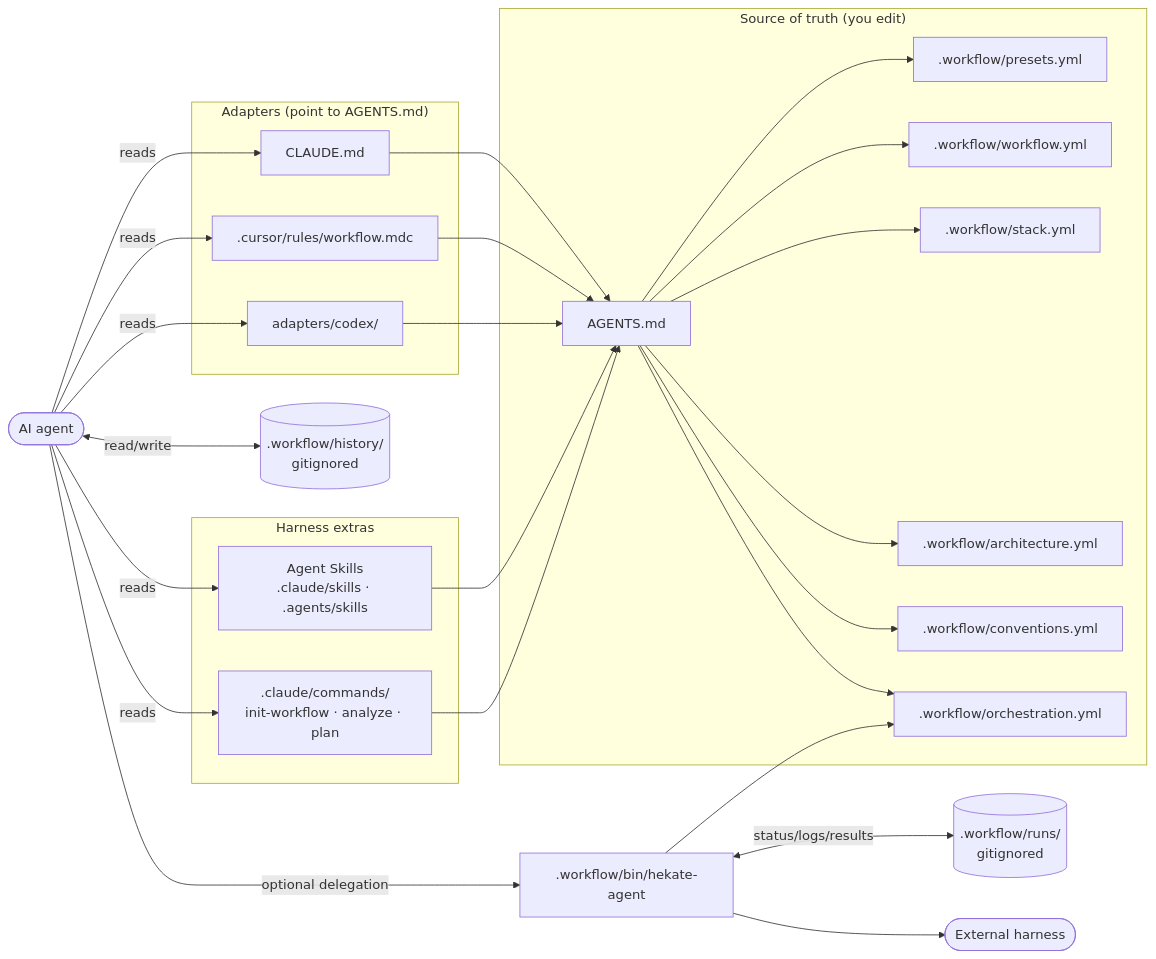
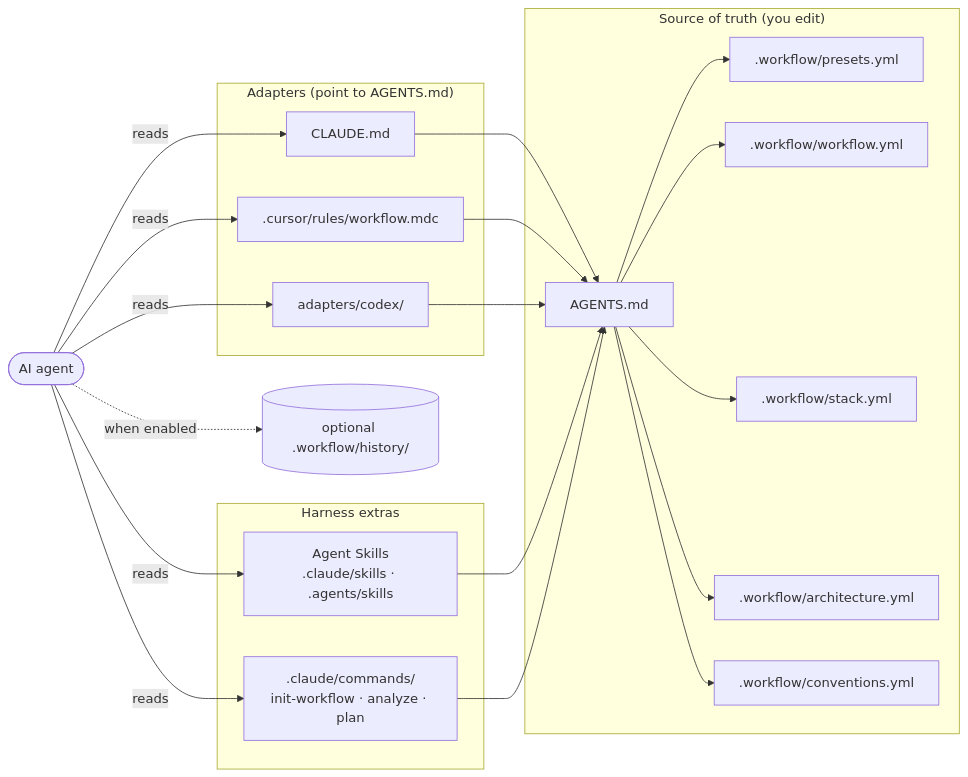
Before and after one commit to MugenKaizen/Hekate: the second of 2 diagrams in README.md, drawn with Mermaid. The commit also changed other lines of this file and 172 other files, not shown here.

````diff
--- a/README.md
+++ b/README.md
@@ -378,47 +390,39 @@
 ```mermaid
 flowchart LR
     subgraph SOT["Source of truth (you edit)"]
         AG[AGENTS.md]
         PR[.workflow/presets.yml]
         WF[.workflow/workflow.yml]
         ST[.workflow/stack.yml]
         AR[.workflow/architecture.yml]
         CV[.workflow/conventions.yml]
-        OR[.workflow/orchestration.yml]
     end
 
     subgraph ADP["Adapters (point to AGENTS.md)"]
         CL[CLAUDE.md]
         CU[.cursor/rules/workflow.mdc]
         CX[adapters/codex/]
     end
 
     subgraph CC["Harness extras"]
         SK["Agent Skills<br/>.claude/skills · .agents/skills"]
         CMD[".claude/commands/<br/>init-workflow · analyze · plan"]
     end
 
-    HIST[(".workflow/history/<br/>gitignored")]
-    JOBS[(".workflow/runs/<br/>gitignored")]
-    RUNNER[.workflow/bin/hekate-agent]
-    CHILD([External harness])
+    HIST[("optional .workflow/history/")]
     AGENT([AI agent])
 
     CL --> AG
     CU --> AG
     CX --> AG
     SK --> AG
     CMD --> AG
-    AG --> PR & WF & ST & AR & CV & OR
+    AG --> PR & WF & ST & AR & CV
 
     AGENT -->|reads| CL
     AGENT -->|reads| CU
     AGENT -->|reads| CX
     AGENT -->|reads| SK
     AGENT -->|reads| CMD
-    AGENT <-->|read/write| HIST
-    AGENT -->|optional delegation| RUNNER
-    RUNNER --> OR
-    RUNNER <-->|status/logs/results| JOBS
-    RUNNER --> CHILD
+    AGENT -.->|when enabled| HIST
 ```
````
